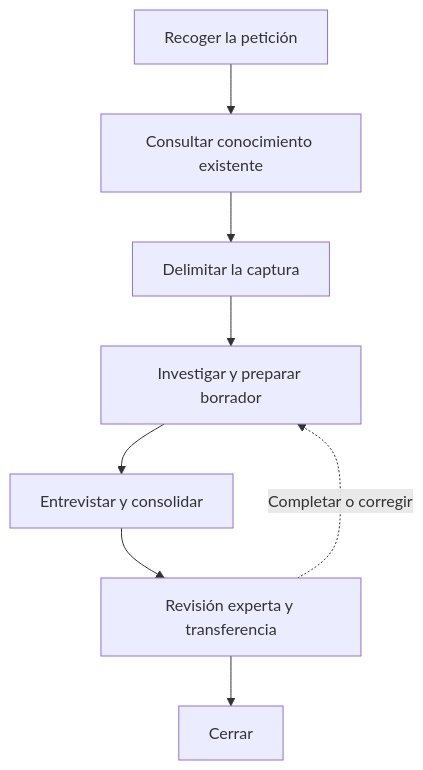
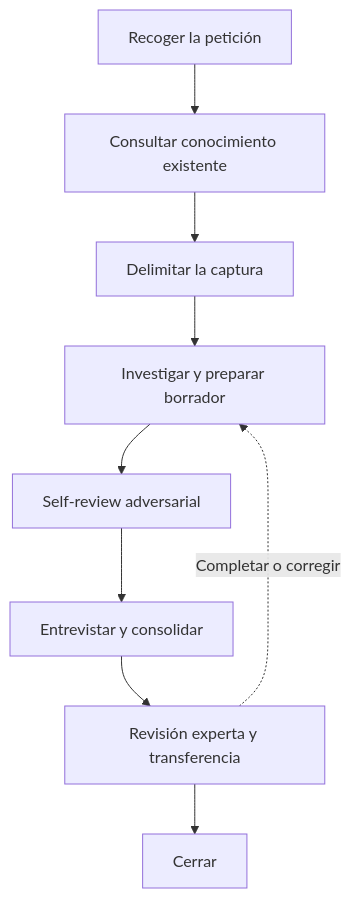
Before and after one commit to davidbalivo/skills: the diagram in skills/engineering/dna-harvest/SKILL.md, drawn with Mermaid. The commit also changed other lines of this file, not shown here.

Commit message:
skill(dna-harvest): add adversarial self-review step with commits

````diff
--- a/skills/engineering/dna-harvest/SKILL.md
+++ b/skills/engineering/dna-harvest/SKILL.md
@@ -154,10 +154,11 @@
 ```mermaid
 flowchart TD
     P[Recoger la petición] --> K[Consultar conocimiento existente]
     K --> A[Delimitar la captura]
     A --> B[Investigar y preparar borrador]
-    B --> C[Entrevistar y consolidar]
+    B --> S[Self-review adversarial]
+    S --> C[Entrevistar y consolidar]
     C --> D[Revisión experta y transferencia]
     D --> E[Cerrar]
     D -.->|Completar o corregir| B
 ```
````
